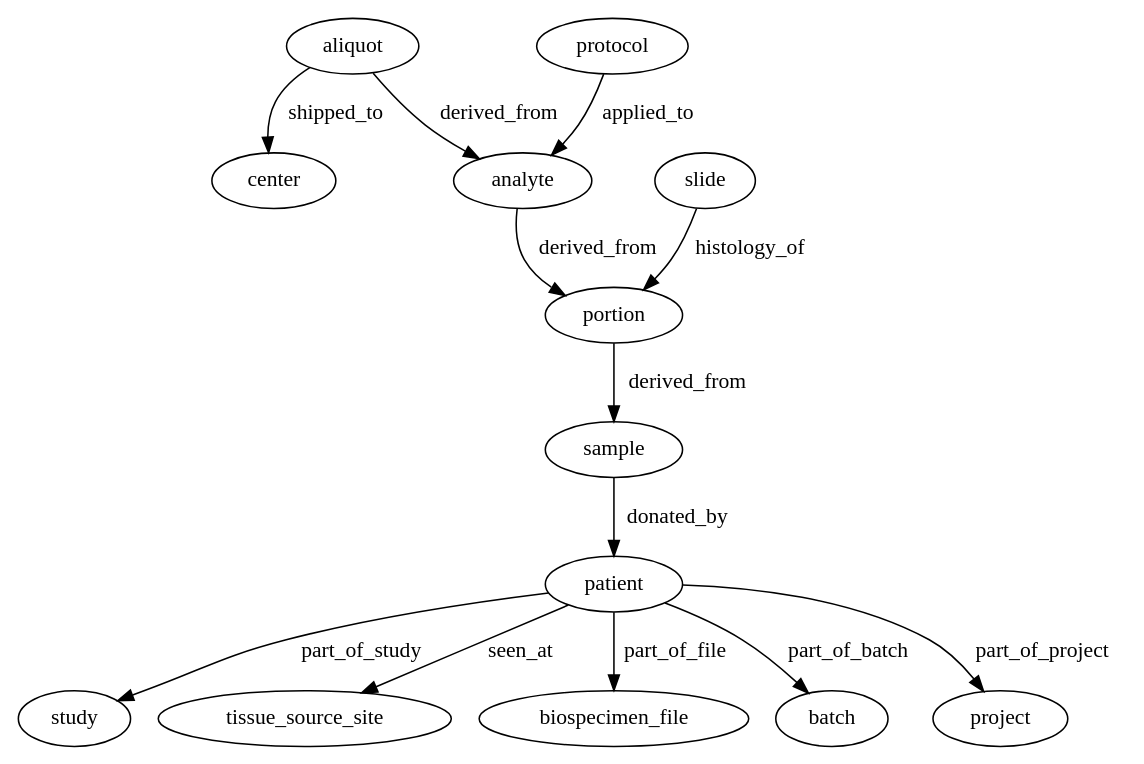
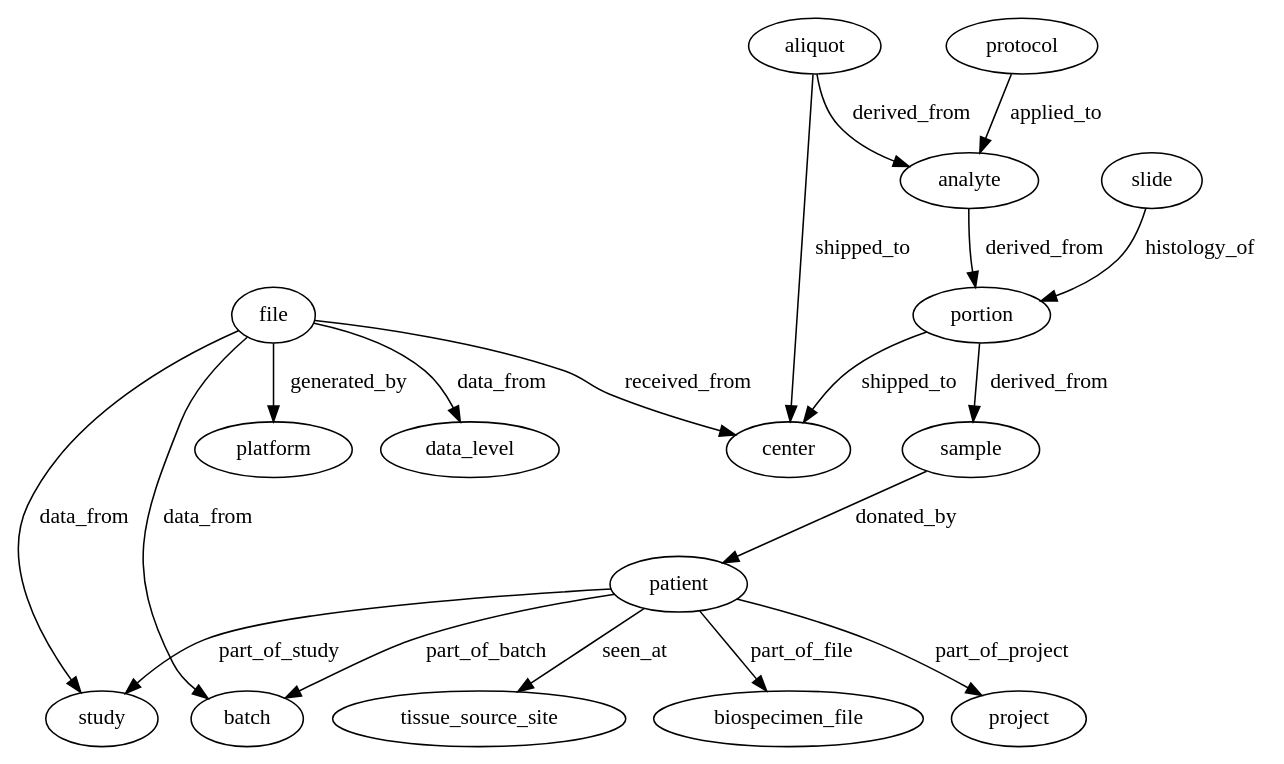
Before and after one commit to NCI-GDC/gdcdatamodel: the diagram in data_model/visualization/generated.gv, drawn with Graphviz. The commit also changed 6 other files, not shown here.

Commit message:
graph2neo now allows neo4j to cache query plans with parameters.

```diff
--- a/data_model/visualization/generated.gv
+++ b/data_model/visualization/generated.gv
@@ -1,39 +1,57 @@
 // XML Generate Datamodel
 digraph {
 	patient
 	study
 		patient -> study [label=part_of_study]
 	patient
 	tissue_source_site
 		patient -> tissue_source_site [label=seen_at]
 	patient
 	biospecimen_file
 		patient -> biospecimen_file [label=part_of_file]
 	patient
 	batch
 		patient -> batch [label=part_of_batch]
 	patient
 	project
 		patient -> project [label=part_of_project]
 	aliquot
 	center
 		aliquot -> center [label=shipped_to]
 	aliquot
 	analyte
 		aliquot -> analyte [label=derived_from]
 	analyte
 	portion
 		analyte -> portion [label=derived_from]
 	portion
 	sample
 		portion -> sample [label=derived_from]
 	sample
 	patient
 		sample -> patient [label=donated_by]
 	slide
 	portion
 		slide -> portion [label=histology_of]
 	protocol
 	analyte
 		protocol -> analyte [label=applied_to]
+	file
+	center
+		file -> center [label=received_from]
+	file
+	platform
+		file -> platform [label=generated_by]
+	file
+	study
+		file -> study [label=data_from]
+	file
+	batch
+		file -> batch [label=data_from]
+	file
+	data_level
+		file -> data_level [label=data_from]
+	portion
+	center
+		portion -> center [label=shipped_to]
 }
```
